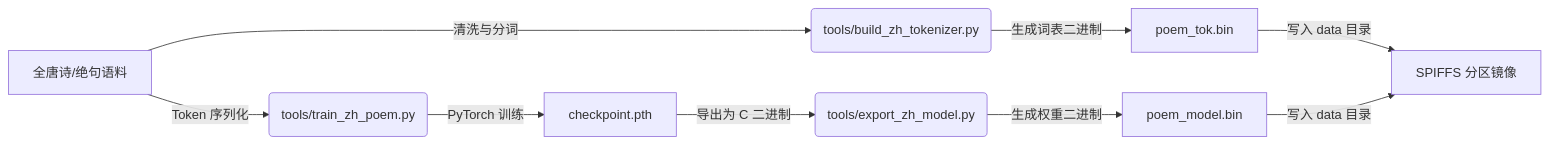
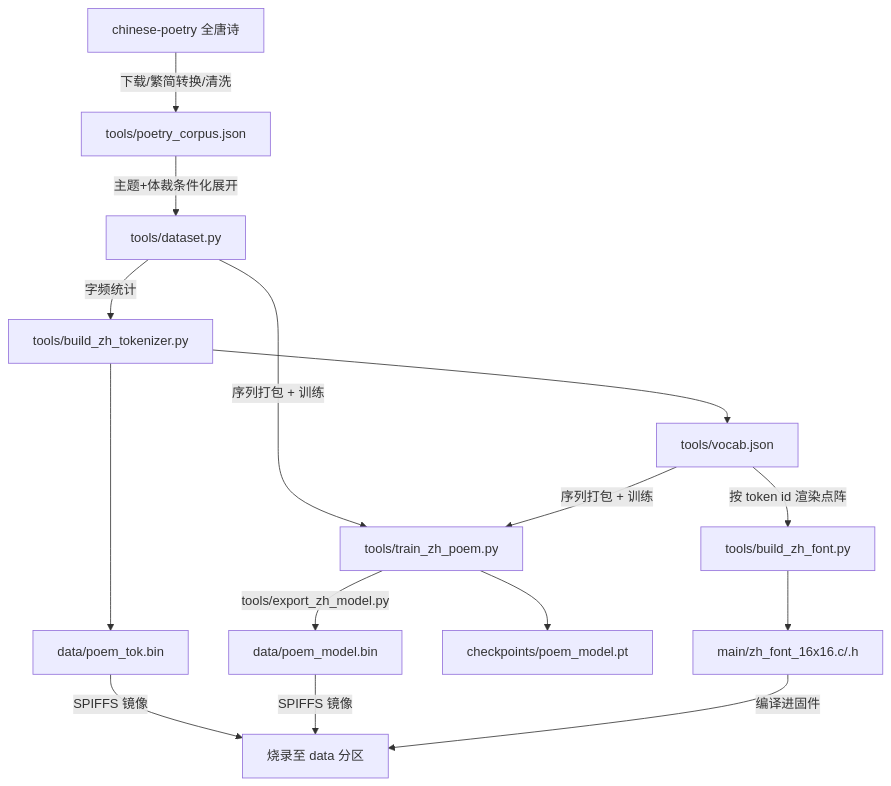
One commit to chainsaid/esp32-llm-zh-poem changed the diagram in docs/TECHNICAL_DESIGN.md. Above: the diagram before and after it, drawn with Mermaid. The commit also changed other lines of this file and 18 other files, not shown here.

````diff
--- a/docs/TECHNICAL_DESIGN.md
+++ b/docs/TECHNICAL_DESIGN.md
@@ -75,10 +98,15 @@
 ```mermaid
-flowchart LR
-    A[全唐诗/绝句语料] -->|清洗与分词| B(tools/build_zh_tokenizer.py)
-    B -->|生成词表二进制| C[poem_tok.bin]
-    A -->|Token 序列化| D(tools/train_zh_poem.py)
-    D -->|PyTorch 训练| E[checkpoint.pth]
-    E -->|导出为 C 二进制| F(tools/export_zh_model.py)
-    F -->|生成权重二进制| G[poem_model.bin]
-    C & G -->|写入 data 目录| H[SPIFFS 分区镜像]
+flowchart TD
+    A[chinese-poetry 全唐诗] -->|下载/繁简转换/清洗| B[tools/poetry_corpus.json]
+    B -->|主题+体裁条件化展开| C[tools/dataset.py]
+    C -->|字频统计| D[tools/build_zh_tokenizer.py]
+    D --> E[tools/vocab.json]
+    D --> F[data/poem_tok.bin]
+    E -->|按 token id 渲染点阵| G[tools/build_zh_font.py]
+    G --> H[main/zh_font_16x16.c/.h]
+    C & E -->|序列打包 + 训练| I[tools/train_zh_poem.py]
+    I --> J[checkpoints/poem_model.pt]
+    I -->|tools/export_zh_model.py| K[data/poem_model.bin]
+    F & K -->|SPIFFS 镜像| L[烧录至 data 分区]
+    H -->|编译进固件| L
 ```
````
